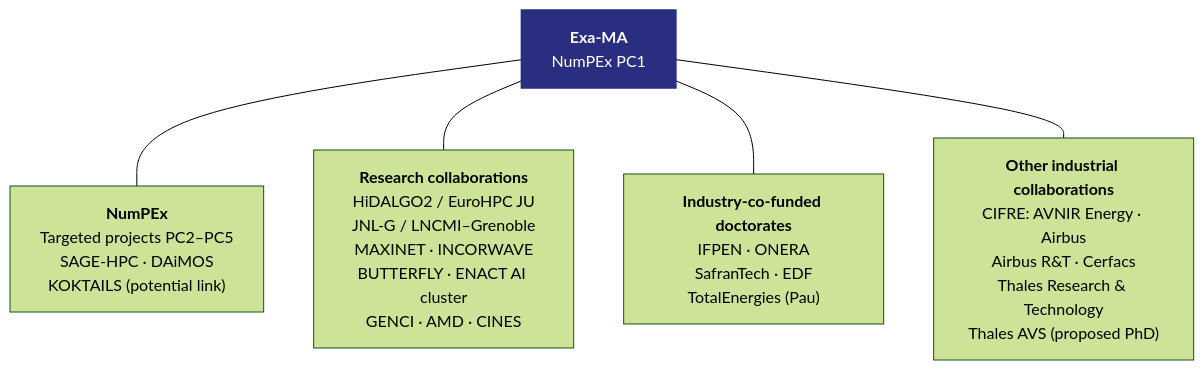
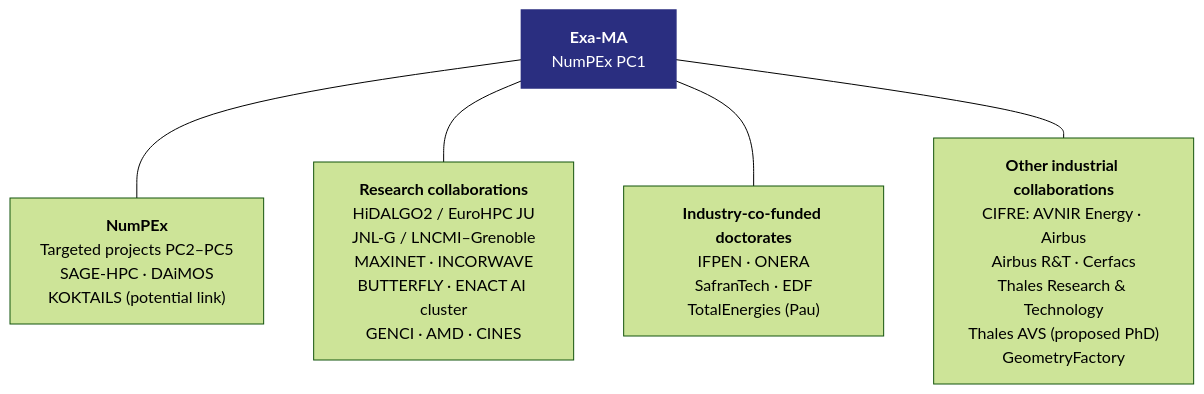
The diagram in graphics/management/ecosystem-2026.mmd (numpex/exa-ma-d7.1), drawn with Mermaid (forest theme) before and after one commit. The commit also changed 3 other files, not shown here.

Commit message:
Document GeometryFactory collaboration in D0.2

```diff
--- a/graphics/management/ecosystem-2026.mmd
+++ b/graphics/management/ecosystem-2026.mmd
@@ -1,31 +1,32 @@
 %% Based on the research and industrial partnership tables in D0.2.
 flowchart TB
     exama["`**Exa-MA**
 NumPEx PC1`"]
     programme["`**NumPEx**
 Targeted projects PC2–PC5
 SAGE-HPC · DAiMOS
 KOKTAILS (potential link)`"]
     research["`**Research collaborations**
 HiDALGO2 / EuroHPC JU
 JNL-G / LNCMI–Grenoble
 MAXINET · INCORWAVE
 BUTTERFLY · ENACT AI cluster
 GENCI · AMD · CINES`"]
     cofunded["`**Industry-co-funded doctorates**
 IFPEN · ONERA
 SafranTech · EDF
 TotalEnergies (Pau)`"]
     industry["`**Other industrial collaborations**
 CIFRE: AVNIR Energy · Airbus
 Airbus R&T · Cerfacs
 Thales Research & Technology
-Thales AVS (proposed PhD)`"]
+Thales AVS (proposed PhD)
+GeometryFactory`"]
 
     exama --- programme
     exama --- research
     exama --- cofunded
     exama --- industry
 
     class exama project
     classDef project fill:#2a2e80,stroke:#2a2e80,stroke-width:1.5px,color:#ffffff
```
